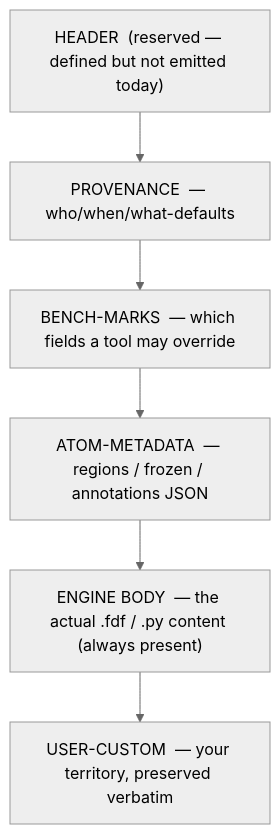
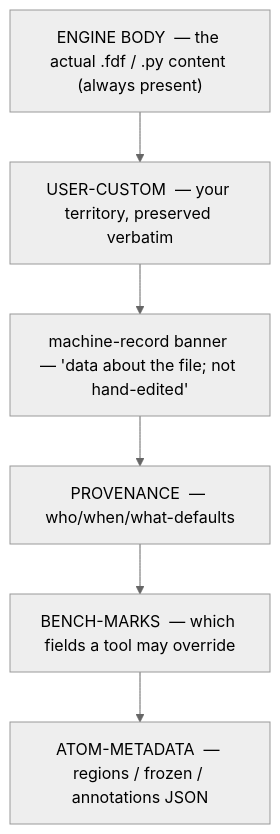
Before and after one commit to Qing-LAB/molbuilder: the second of 2 diagrams in docs/execution/job-contracts.md, drawn with Mermaid (neutral theme). The commit also changed other lines of this file and 2 other files, not shown here.

````diff
--- a/docs/execution/job-contracts.md
+++ b/docs/execution/job-contracts.md
@@ -586,10 +596,10 @@
 ```mermaid
 flowchart TD
-    H["HEADER  (reserved — defined but not emitted today)"]
+    E["ENGINE BODY  — the actual .fdf / .py content (always present)"]
+    U["USER-CUSTOM  — your territory, preserved verbatim"]
+    M["machine-record banner — 'data about the file; not hand-edited'"]
     P["PROVENANCE  — who/when/what-defaults"]
     B["BENCH-MARKS  — which fields a tool may override"]
     A["ATOM-METADATA  — regions / frozen / annotations JSON"]
-    E["ENGINE BODY  — the actual .fdf / .py content (always present)"]
-    U["USER-CUSTOM  — your territory, preserved verbatim"]
-    H --> P --> B --> A --> E --> U
+    E --> U --> M --> P --> B --> A
 ```
````
